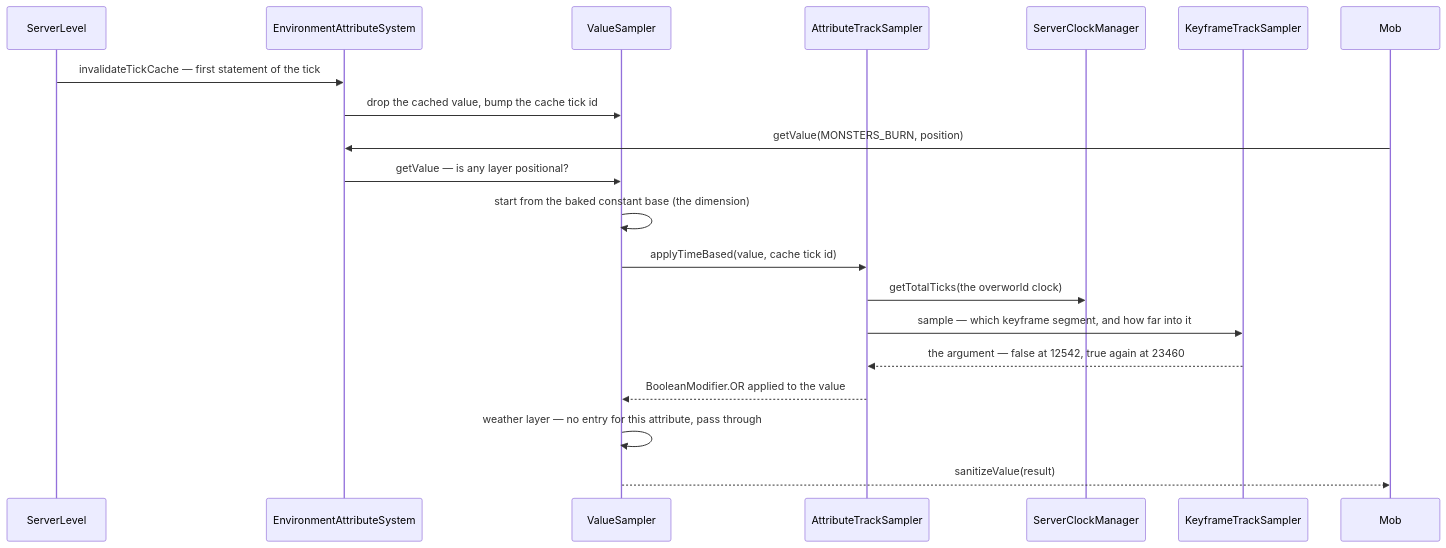
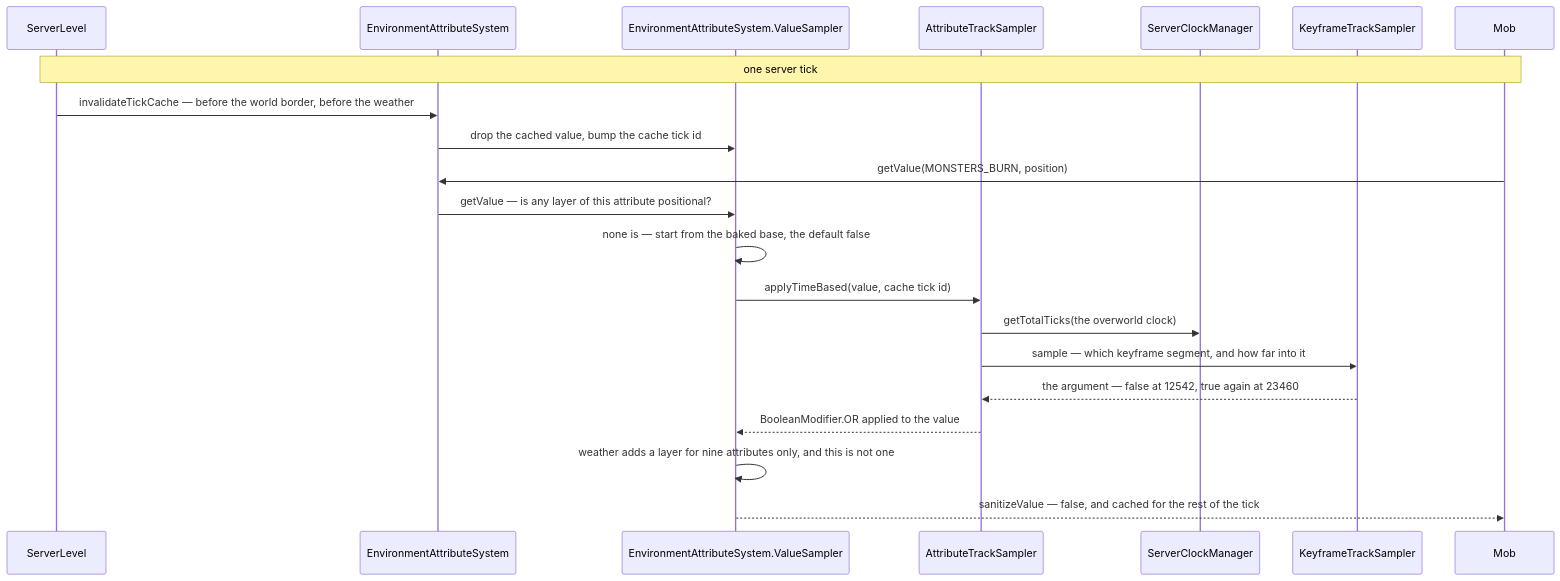
The second of 3 diagrams in src/systems/world/environment-attributes-and-timelines.md (AlexanderjFraser/MinecraftDocs), drawn with Mermaid before and after one commit. The commit also changed other lines of this file and 44 other files, not shown here.

````diff
--- a/src/systems/world/environment-attributes-and-timelines.md
+++ b/src/systems/world/environment-attributes-and-timelines.md
@@ -204,23 +232,24 @@
 ```mermaid
 sequenceDiagram
     participant SL as ServerLevel
     participant EAS as EnvironmentAttributeSystem
-    participant VS as ValueSampler
+    participant EVS as EnvironmentAttributeSystem.ValueSampler
     participant ATS as AttributeTrackSampler
     participant SCM as ServerClockManager
     participant KTS as KeyframeTrackSampler
     participant Mob as Mob
 
-    SL->>EAS: invalidateTickCache — first statement of the tick
-    EAS->>VS: drop the cached value, bump the cache tick id
+    Note over SL,Mob: one server tick
+    SL->>EAS: invalidateTickCache — before the world border, before the weather
+    EAS->>EVS: drop the cached value, bump the cache tick id
     Mob->>EAS: getValue(MONSTERS_BURN, position)
-    EAS->>VS: getValue — is any layer positional?
-    VS->>VS: start from the baked constant base (the dimension)
-    VS->>ATS: applyTimeBased(value, cache tick id)
+    EAS->>EVS: getValue — is any layer of this attribute positional?
+    EVS->>EVS: none is — start from the baked base, the default false
+    EVS->>ATS: applyTimeBased(value, cache tick id)
     ATS->>SCM: getTotalTicks(the overworld clock)
     ATS->>KTS: sample — which keyframe segment, and how far into it
     KTS-->>ATS: the argument — false at 12542, true again at 23460
-    ATS-->>VS: BooleanModifier.OR applied to the value
-    VS->>VS: weather layer — no entry for this attribute, pass through
-    VS-->>Mob: sanitizeValue(result)
+    ATS-->>EVS: BooleanModifier.OR applied to the value
+    EVS->>EVS: weather adds a layer for nine attributes only, and this is not one
+    EVS-->>Mob: sanitizeValue — false, and cached for the rest of the tick
 ```
````
